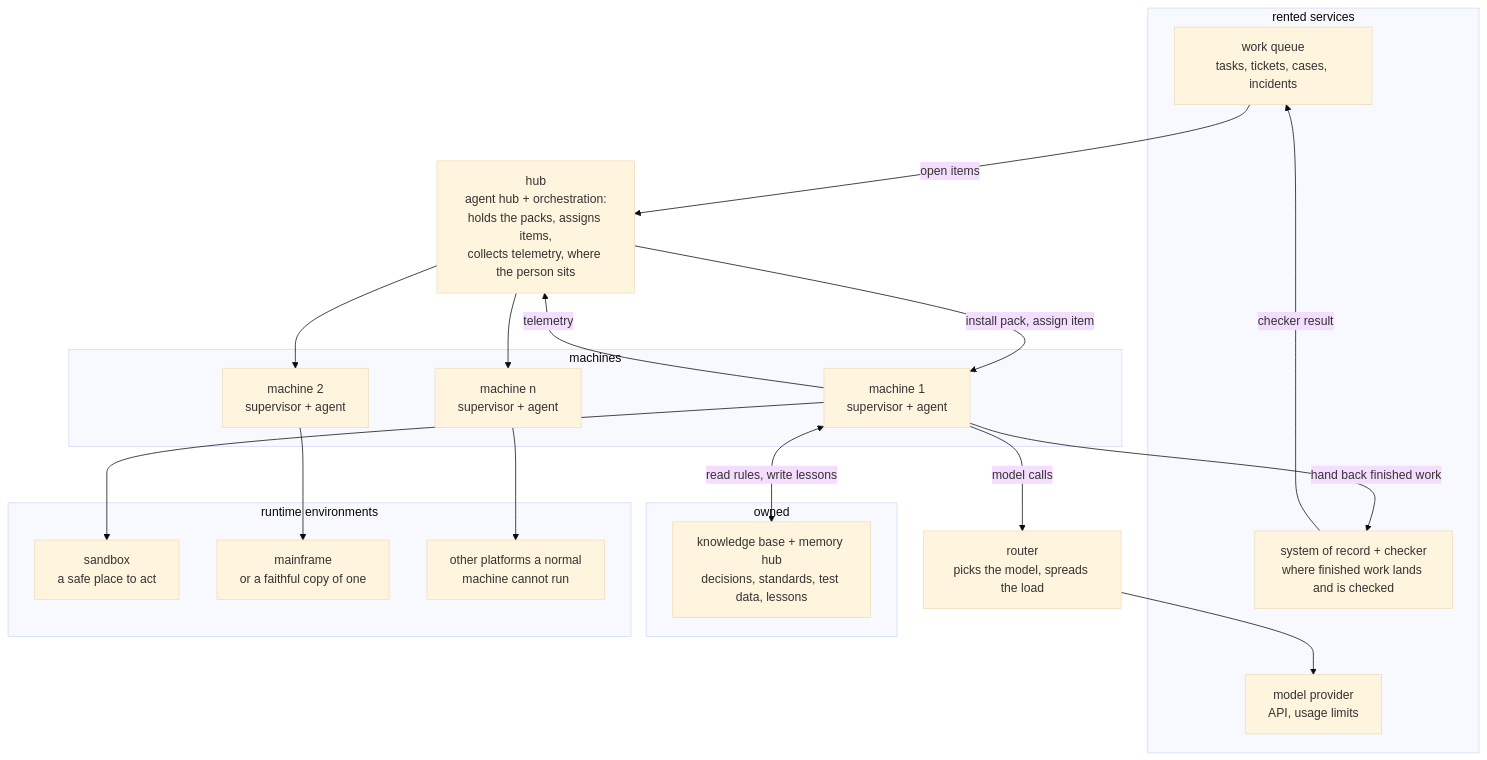
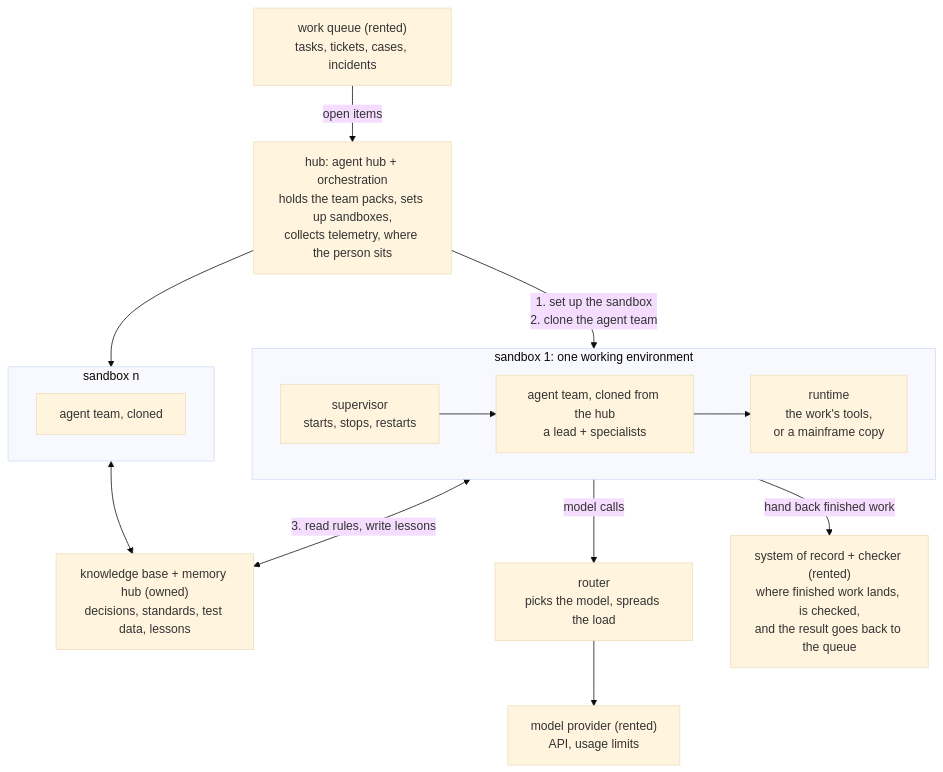
The second of 3 diagrams in src/content/blog/morden_ai_agent_system.md (locchh/blogs), drawn with Mermaid (base theme) before and after one commit. The commit also changed other lines of this file, not shown here.

Commit message:
docs(blog): redraw the fleet around sandboxes and add a task lifecycle
The fleet diagram now shows the author's idea: for each piece of work
the hub sets up a sandbox, clones an agent team into it, and connects
it to the knowledge base. Rename the section to one hub, many
sandboxes, add a lifecycle diagram for any kind of task, and move the
work-distribution section above the human-in-the-loop section.

````diff
--- a/src/content/blog/morden_ai_agent_system.md
+++ b/src/content/blog/morden_ai_agent_system.md
@@ -48,36 +48,28 @@
 ```mermaid
 flowchart TB
-  subgraph PROV["rented services"]
-    BL["work queue<br/>tasks, tickets, cases, incidents"]
-    SOR["system of record + checker<br/>where finished work lands and is checked"]
-    LLM["model provider<br/>API, usage limits"]
+  BL["work queue (rented)<br/>tasks, tickets, cases, incidents"]
+  HUB["hub: agent hub + orchestration<br/>holds the team packs, sets up sandboxes,<br/>collects telemetry, where the person sits"]
+  subgraph SB1["sandbox 1: one working environment"]
+    direction LR
+    SUP1["supervisor<br/>starts, stops, restarts"]
+    TEAM1["agent team, cloned from the hub<br/>a lead + specialists"]
+    RUN1["runtime<br/>the work's tools,<br/>or a mainframe copy"]
+    SUP1 --> TEAM1
+    TEAM1 --> RUN1
   end
-  subgraph OWN["owned"]
-    KB["knowledge base + memory hub<br/>decisions, standards, test data, lessons"]
+  subgraph SBN["sandbox n"]
+    TEAMN["agent team, cloned"]
   end
-  HUB["hub<br/>agent hub + orchestration:<br/>holds the packs, assigns items,<br/>collects telemetry, where the person sits"]
-  subgraph FLEET["machines"]
-    M1["machine 1<br/>supervisor + agent"]
-    M2["machine 2<br/>supervisor + agent"]
-    MN["machine n<br/>supervisor + agent"]
-  end
-  subgraph ENV["runtime environments"]
-    E1["sandbox<br/>a safe place to act"]
-    E2["mainframe<br/>or a faithful copy of one"]
-    EN["other platforms a normal<br/>machine cannot run"]
-  end
+  KB["knowledge base + memory hub (owned)<br/>decisions, standards, test data, lessons"]
   RT["router<br/>picks the model, spreads the load"]
+  LLM["model provider (rented)<br/>API, usage limits"]
+  SOR["system of record + checker (rented)<br/>where finished work lands, is checked,<br/>and the result goes back to the queue"]
   BL -->|"open items"| HUB
-  HUB -->|"install pack, assign item"| M1
-  HUB --> M2
-  HUB --> MN
-  M1 --> E1
-  M2 --> E2
-  MN --> EN
-  M1 -->|"telemetry"| HUB
-  M1 -->|"hand back finished work"| SOR
-  M1 -->|"model calls"| RT
+  HUB -->|"1. set up the sandbox<br/>2. clone the agent team"| SB1
+  HUB --> SBN
+  SB1 <-->|"3. read rules, write lessons"| KB
+  SBN <--> KB
+  SB1 -->|"model calls"| RT
   RT --> LLM
-  M1 <-->|"read rules, write lessons"| KB
-  SOR -->|"checker result"| BL
+  SB1 -->|"hand back finished work"| SOR
 ```
````
